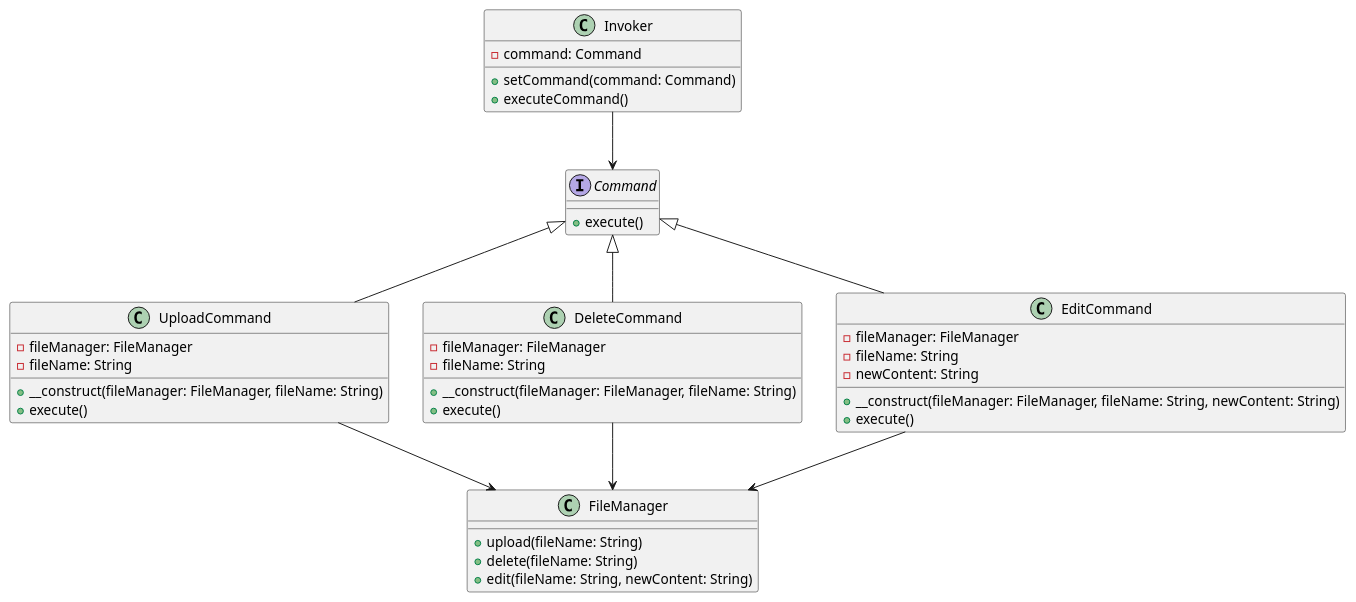
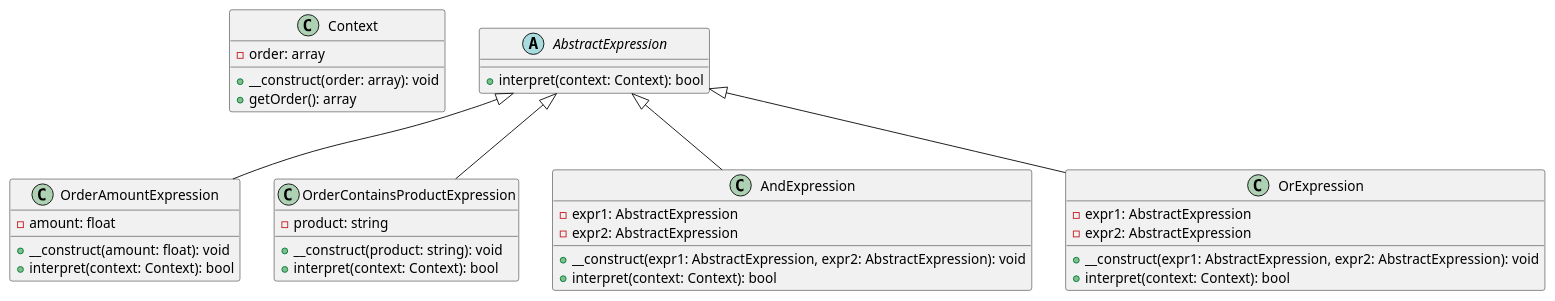
The diagram in klassifikaciya-patternov/povedencheskie-patterny-behavioral-patterns/interpretator-interpreter/primery/obrabotka-pravil-biznes-logiki/php.md (andrewovchinnikov/design-patterns), drawn with PlantUML before and after one commit. The commit also changed other lines of this file and 24 other files, not shown here.

````diff
--- a/klassifikaciya-patternov/povedencheskie-patterny-behavioral-patterns/interpretator-interpreter/primery/obrabotka-pravil-biznes-logiki/php.md
+++ b/klassifikaciya-patternov/povedencheskie-patterny-behavioral-patterns/interpretator-interpreter/primery/obrabotka-pravil-biznes-logiki/php.md
@@ -150,49 +146,46 @@
 ```plantuml
 @startuml
-interface Command {
-    +execute()
+
+class Context {
+    -order: array
+    +__construct(order: array): void
+    +getOrder(): array
 }
 
-class UploadCommand {
-    -fileManager: FileManager
-    -fileName: String
-    +__construct(fileManager: FileManager, fileName: String)
-    +execute()
+abstract class AbstractExpression {
+    +interpret(context: Context): bool
 }
 
-class DeleteCommand {
-    -fileManager: FileManager
-    -fileName: String
-    +__construct(fileManager: FileManager, fileName: String)
-    +execute()
+class OrderAmountExpression {
+    -amount: float
+    +__construct(amount: float): void
+    +interpret(context: Context): bool
 }
 
-class EditCommand {
-    -fileManager: FileManager
-    -fileName: String
-    -newContent: String
-    +__construct(fileManager: FileManager, fileName: String, newContent: String)
-    +execute()
+class OrderContainsProductExpression {
+    -product: string
+    +__construct(product: string): void
+    +interpret(context: Context): bool
 }
 
-class FileManager {
-    +upload(fileName: String)
-    +delete(fileName: String)
-    +edit(fileName: String, newContent: String)
+class AndExpression {
+    -expr1: AbstractExpression
+    -expr2: AbstractExpression
+    +__construct(expr1: AbstractExpression, expr2: AbstractExpression): void
+    +interpret(context: Context): bool
 }
 
-class Invoker {
-    -command: Command
-    +setCommand(command: Command)
-    +executeCommand()
+class OrExpression {
+    -expr1: AbstractExpression
+    -expr2: AbstractExpression
+    +__construct(expr1: AbstractExpression, expr2: AbstractExpression): void
+    +interpret(context: Context): bool
 }
 
-Command <|-- UploadCommand
-Command <|-- DeleteCommand
-Command <|-- EditCommand
-UploadCommand --> FileManager
-DeleteCommand --> FileManager
-EditCommand --> FileManager
-Invoker --> Command
+AbstractExpression <|-- OrderAmountExpression
+AbstractExpression <|-- OrderContainsProductExpression
+AbstractExpression <|-- AndExpression
+AbstractExpression <|-- OrExpression
+
 @enduml
 ```
````
